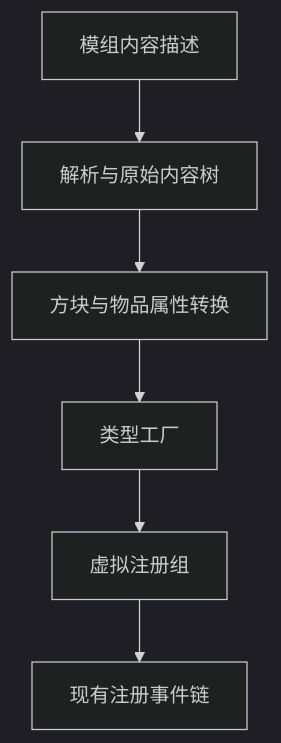
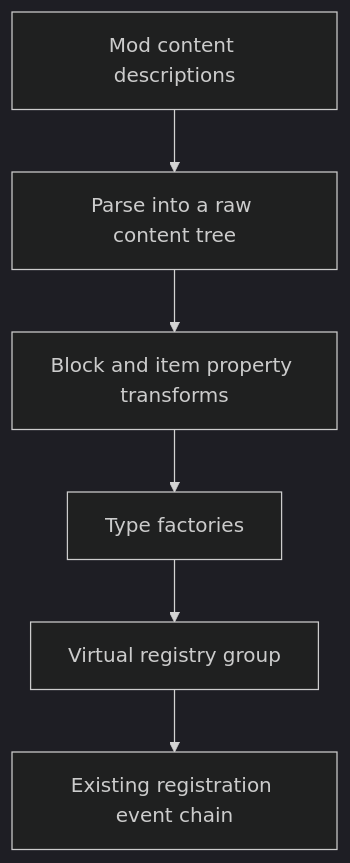
One commit to KasugaLibGroup/KasugaLibNext changed the diagram in doc/explanation/data-driven-registration.en.md. Above: the diagram before and after it, drawn with Mermaid (dark theme). The commit also changed 9 other files, not shown here.

````diff
--- a/doc/explanation/data-driven-registration.en.md
+++ b/doc/explanation/data-driven-registration.en.md
@@ -11,8 +11,8 @@
 ```mermaid
 flowchart TD
-    Resources[模组内容描述] --> Parse[解析与原始内容树]
-    Parse --> Properties[方块与物品属性转换]
-    Properties --> Factory[类型工厂]
-    Factory --> Tree[虚拟注册组]
-    Tree --> Dispatch[现有注册事件链]
+    Resources[Mod content descriptions] --> Parse[Parse into a raw content tree]
+    Parse --> Properties[Block and item property transforms]
+    Properties --> Factory[Type factories]
+    Factory --> Tree[Virtual registry group]
+    Tree --> Dispatch[Existing registration event chain]
 ```
````
